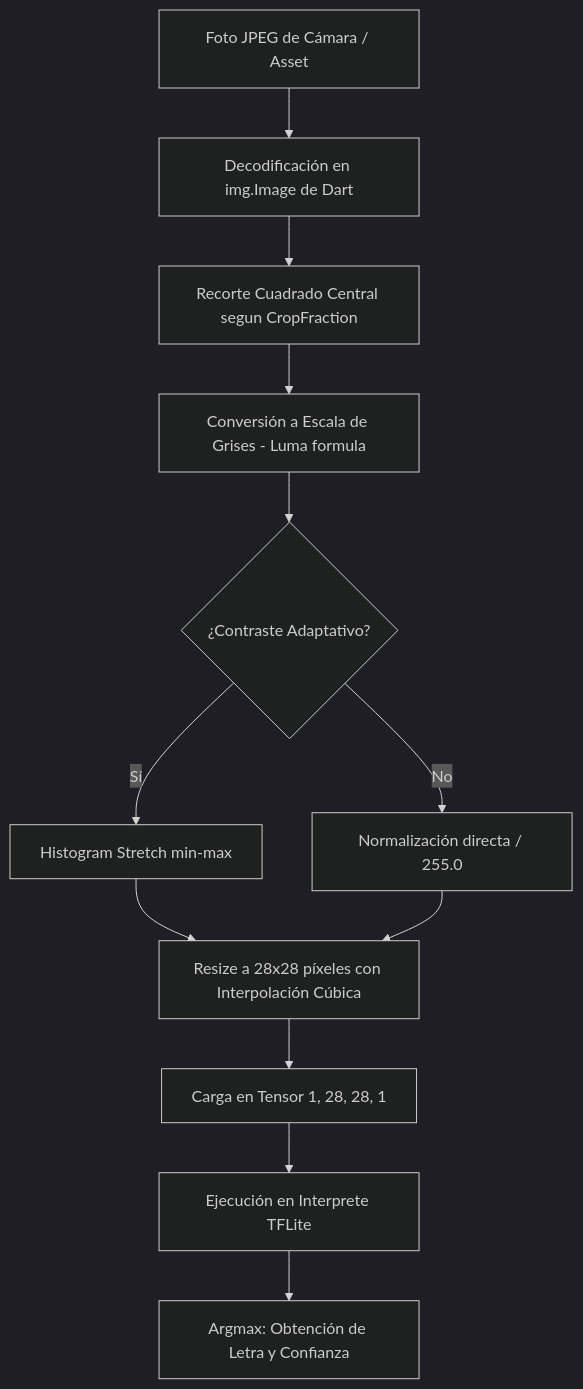
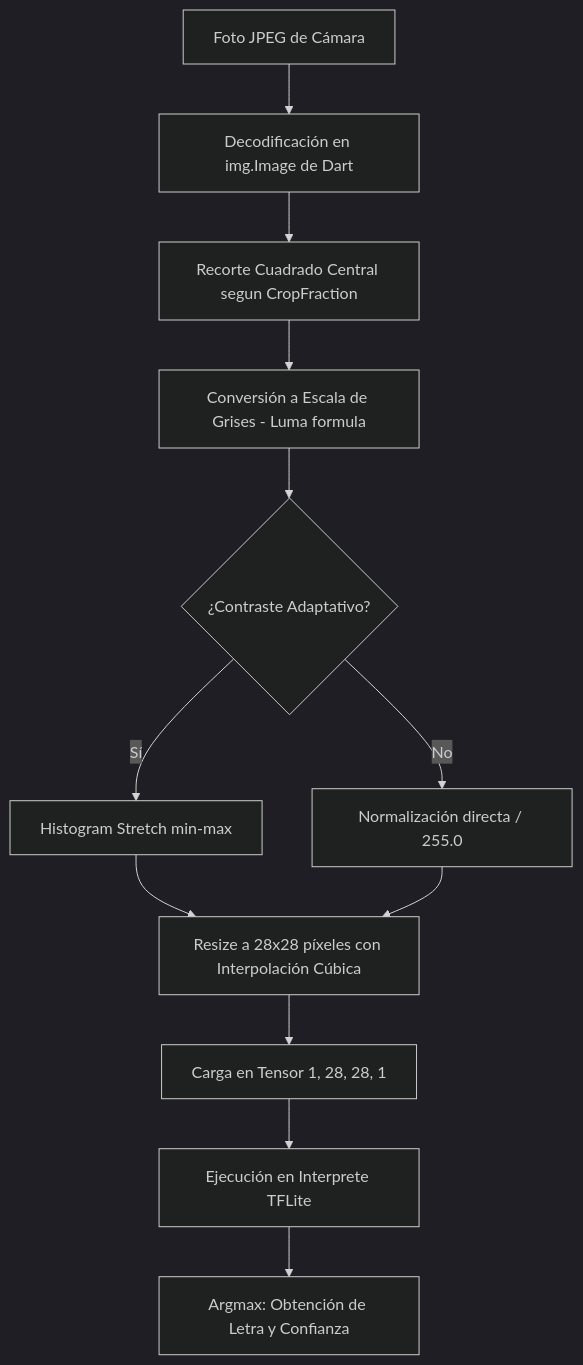
The diagram in README.md (blauerwolf/ia-grupo-5-2026-android-app), drawn with Mermaid (dark theme) before and after one commit. The commit also changed other lines of this file and 11 other files, not shown here.

````diff
--- a/README.md
+++ b/README.md
@@ -31,14 +29,14 @@
 ```mermaid
 graph TD
-    A[Foto JPEG de Cámara / Asset] --> B[Decodificación en img.Image de Dart]
+    A[Foto JPEG de Cámara] --> B[Decodificación en img.Image de Dart]
     B --> C[Recorte Cuadrado Central segun CropFraction]
     C --> D[Conversión a Escala de Grises - Luma formula]
     D --> E{¿Contraste Adaptativo?}
     E -- Sí --> F[Histogram Stretch min-max]
     E -- No --> G[Normalización directa / 255.0]
     F --> H[Resize a 28x28 píxeles con Interpolación Cúbica]
     G --> H
     H --> I[Carga en Tensor 1, 28, 28, 1]
     I --> J[Ejecución en Interprete TFLite]
     J --> K[Argmax: Obtención de Letra y Confianza]
 ```
````
